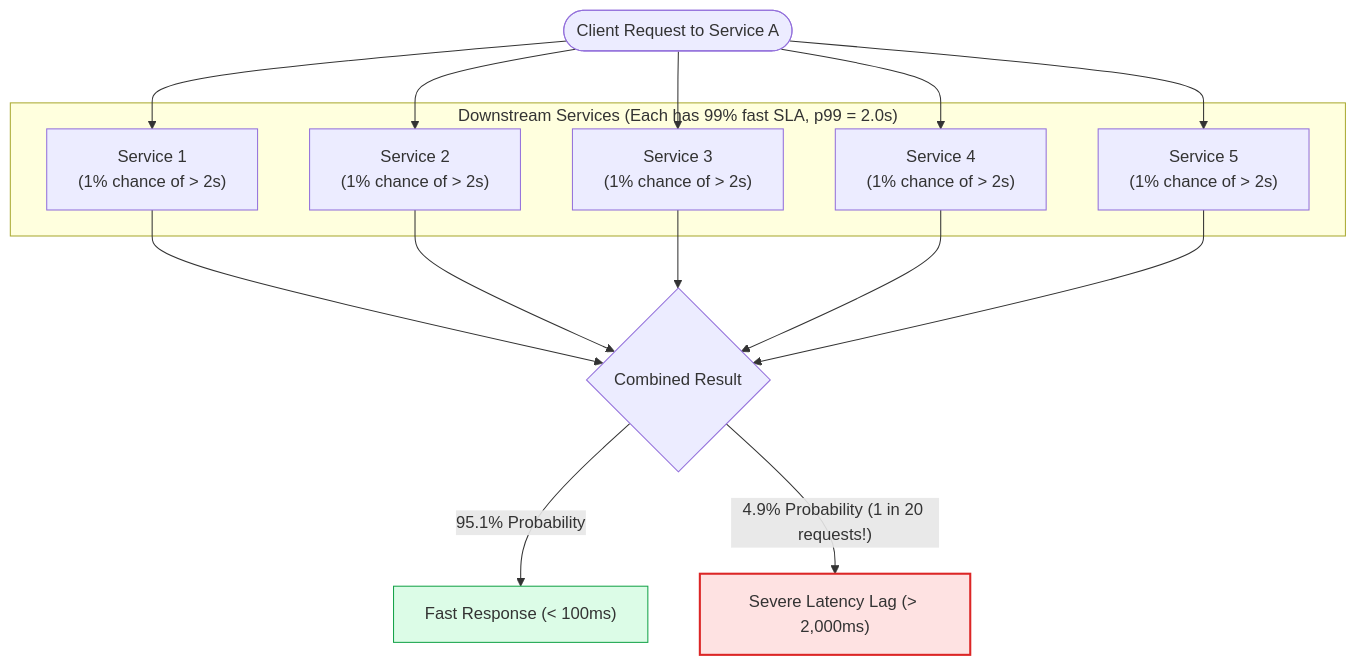
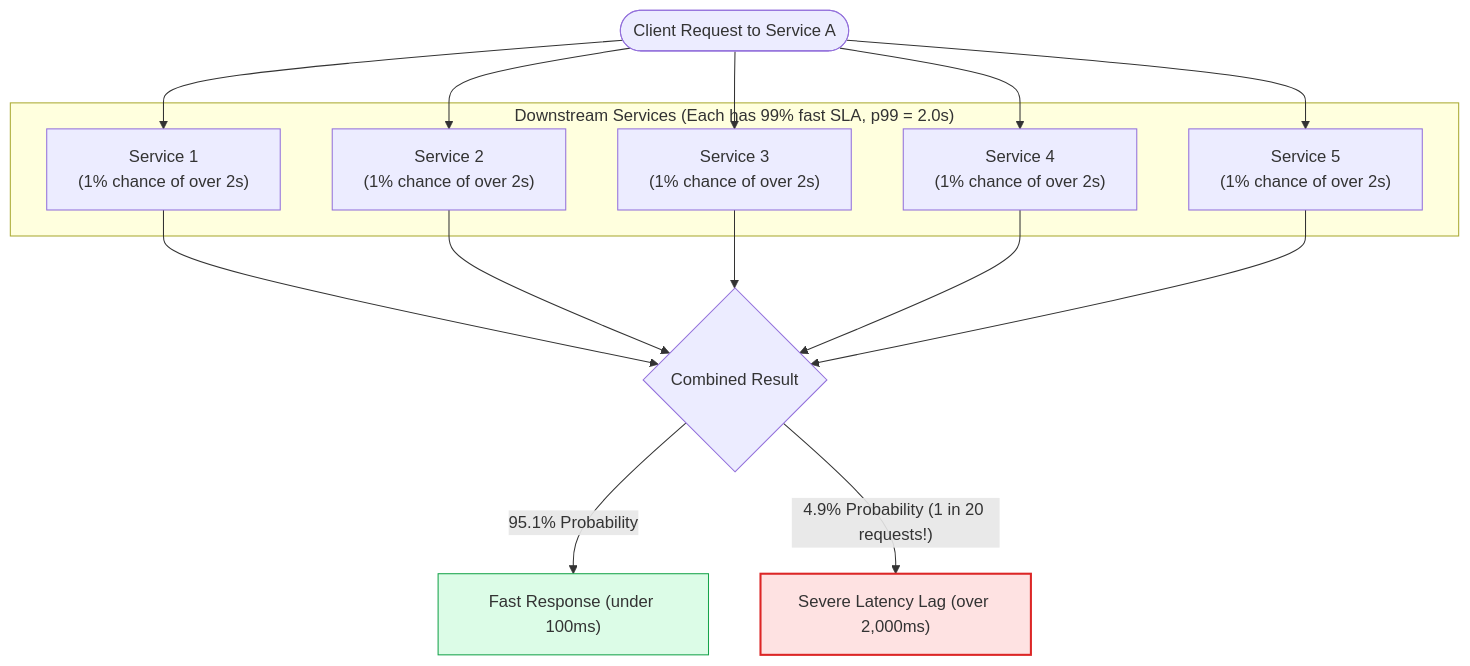
One commit to yodh4/ubiquitous-parakeet changed the second of 3 diagrams in docs/01-strict-timeouts.md. Above: the diagram before and after it, drawn with Mermaid. The commit also changed other lines of this file and 5 other files, not shown here.

Commit message:
Docs: Remove redundant ASCII diagrams and fix Mermaid parser errors across all guides

````diff
--- a/docs/01-strict-timeouts.md
+++ b/docs/01-strict-timeouts.md
@@ -99,23 +79,23 @@
 ```mermaid
 flowchart TD
     Client(["Client Request to Service A"]) --> S1
     Client --> S2
     Client --> S3
     Client --> S4
     Client --> S5
 
     subgraph Microservices ["Downstream Services (Each has 99% fast SLA, p99 = 2.0s)"]
-        S1["Service 1<br/>(1% chance of &gt; 2s)"]
-        S2["Service 2<br/>(1% chance of &gt; 2s)"]
-        S3["Service 3<br/>(1% chance of &gt; 2s)"]
-        S4["Service 4<br/>(1% chance of &gt; 2s)"]
-        S5["Service 5<br/>(1% chance of &gt; 2s)"]
+        S1["Service 1<br/>(1% chance of over 2s)"]
+        S2["Service 2<br/>(1% chance of over 2s)"]
+        S3["Service 3<br/>(1% chance of over 2s)"]
+        S4["Service 4<br/>(1% chance of over 2s)"]
+        S5["Service 5<br/>(1% chance of over 2s)"]
     end
 
     S1 & S2 & S3 & S4 & S5 --> Aggregator{"Combined Result"}
-    Aggregator -->|"95.1% Probability"| FastResp["Fast Response (&lt; 100ms)"]
-    Aggregator -->|"4.9% Probability (1 in 20 requests!)"| SlowResp["Severe Latency Lag (&gt; 2,000ms)"]
+    Aggregator -->|"95.1% Probability"| FastResp["Fast Response (under 100ms)"]
+    Aggregator -->|"4.9% Probability (1 in 20 requests!)"| SlowResp["Severe Latency Lag (over 2,000ms)"]
 
     style SlowResp fill:#fee2e2,stroke:#dc2626,stroke-width:2px
     style FastResp fill:#dcfce7,stroke:#16a34a,stroke-width:1px
 ```
````
